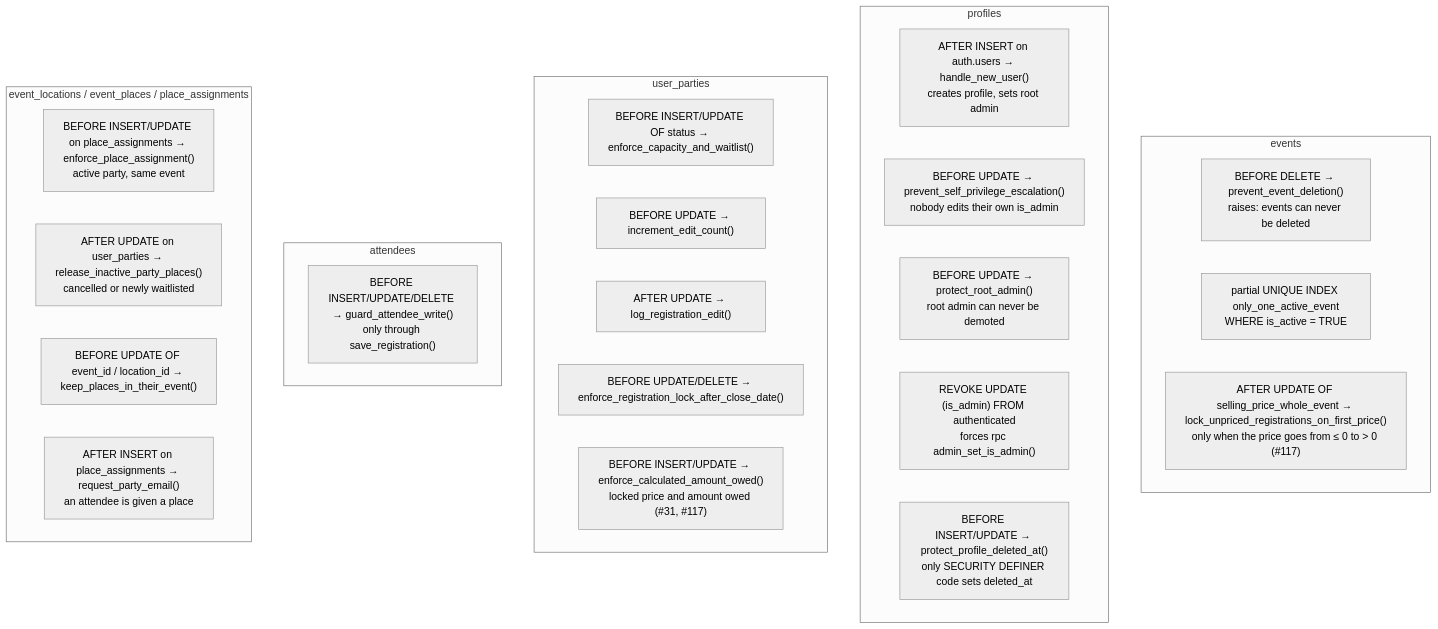
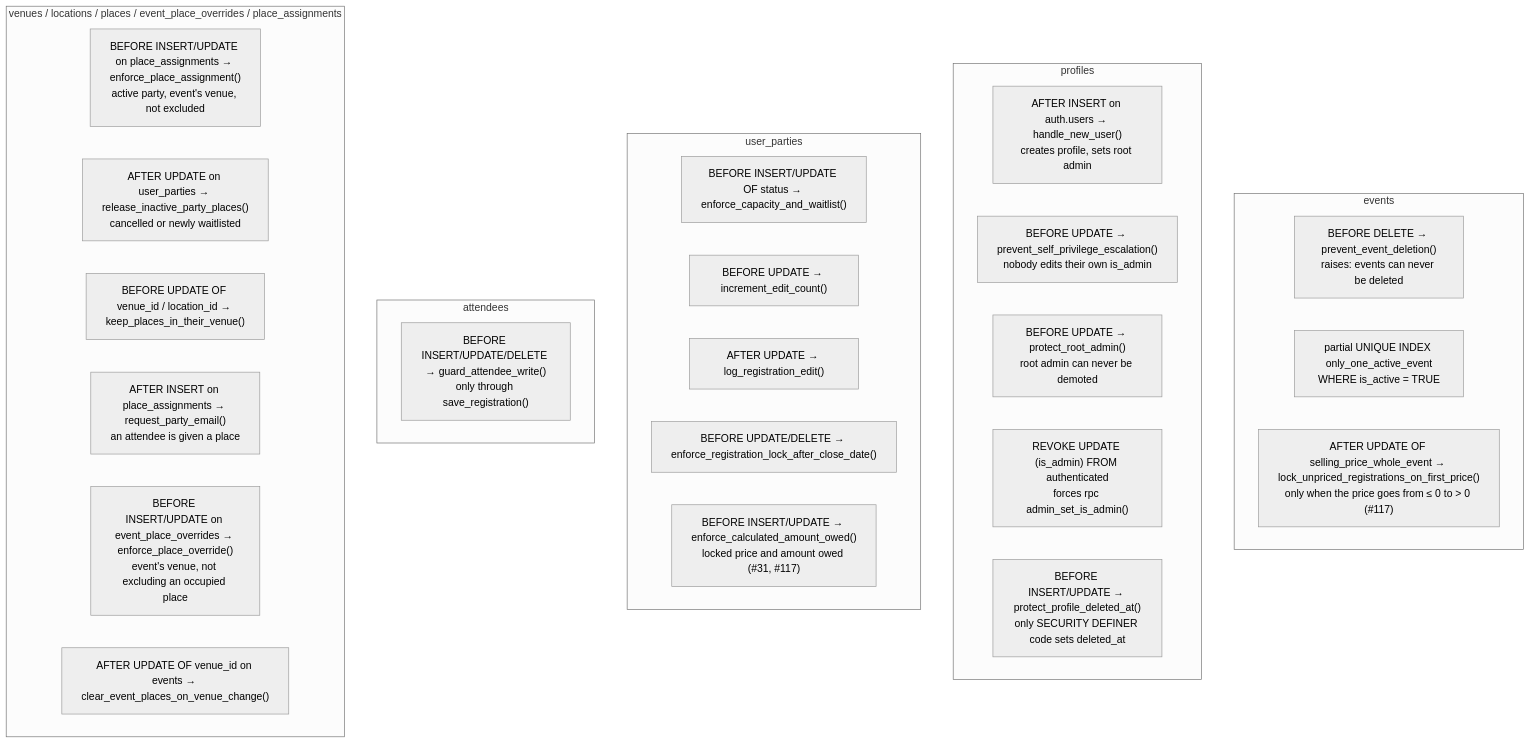
The second of 2 diagrams in docs/03-data-model.md (YULmix/yulmix-la-bedaine), drawn with Mermaid (neutral theme) before and after one commit. The commit also changed other lines of this file and 25 other files, not shown here.

First line of the commit message:
feat(data): shared venues holding locations and places (#145) (#154)

````diff
--- a/docs/03-data-model.md
+++ b/docs/03-data-model.md
@@ -238,31 +253,33 @@
 ```mermaid
 flowchart TD
   subgraph events
     E1["BEFORE DELETE → prevent_event_deletion()<br/>raises: events can never be deleted"]
     E2["partial UNIQUE INDEX only_one_active_event<br/>WHERE is_active = TRUE"]
     E3["AFTER UPDATE OF selling_price_whole_event → lock_unpriced_registrations_on_first_price()<br/>only when the price goes from ≤ 0 to > 0 (#117)"]
   end
   subgraph profiles
     P1["AFTER INSERT on auth.users → handle_new_user()<br/>creates profile, sets root admin"]
     P2["BEFORE UPDATE → prevent_self_privilege_escalation()<br/>nobody edits their own is_admin"]
     P3["BEFORE UPDATE → protect_root_admin()<br/>root admin can never be demoted"]
     P4["REVOKE UPDATE (is_admin) FROM authenticated<br/>forces rpc admin_set_is_admin()"]
     P5["BEFORE INSERT/UPDATE → protect_profile_deleted_at()<br/>only SECURITY DEFINER code sets deleted_at"]
   end
   subgraph user_parties
     U2["BEFORE INSERT/UPDATE OF status → enforce_capacity_and_waitlist()"]
     U3["BEFORE UPDATE → increment_edit_count()"]
     U4["AFTER UPDATE → log_registration_edit()"]
     U5["BEFORE UPDATE/DELETE → enforce_registration_lock_after_close_date()"]
     U6["BEFORE INSERT/UPDATE → enforce_calculated_amount_owed()<br/>locked price and amount owed (#31, #117)"]
   end
   subgraph attendees
     A1["BEFORE INSERT/UPDATE/DELETE → guard_attendee_write()<br/>only through save_registration()"]
   end
-  subgraph places["event_locations / event_places / place_assignments"]
-    L1["BEFORE INSERT/UPDATE on place_assignments → enforce_place_assignment()<br/>active party, same event"]
+  subgraph places["venues / locations / places / event_place_overrides / place_assignments"]
+    L1["BEFORE INSERT/UPDATE on place_assignments → enforce_place_assignment()<br/>active party, event's venue, not excluded"]
     L2["AFTER UPDATE on user_parties → release_inactive_party_places()<br/>cancelled or newly waitlisted"]
-    L3["BEFORE UPDATE OF event_id / location_id → keep_places_in_their_event()"]
+    L3["BEFORE UPDATE OF venue_id / location_id → keep_places_in_their_venue()"]
     L4["AFTER INSERT on place_assignments → request_party_email()<br/>an attendee is given a place"]
+    L5["BEFORE INSERT/UPDATE on event_place_overrides → enforce_place_override()<br/>event's venue, not excluding an occupied place"]
+    L6["AFTER UPDATE OF venue_id on events → clear_event_places_on_venue_change()"]
   end
 ```
````
